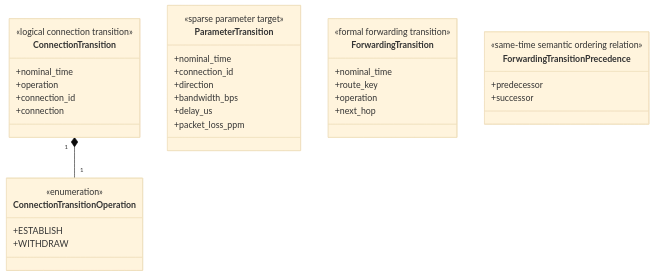
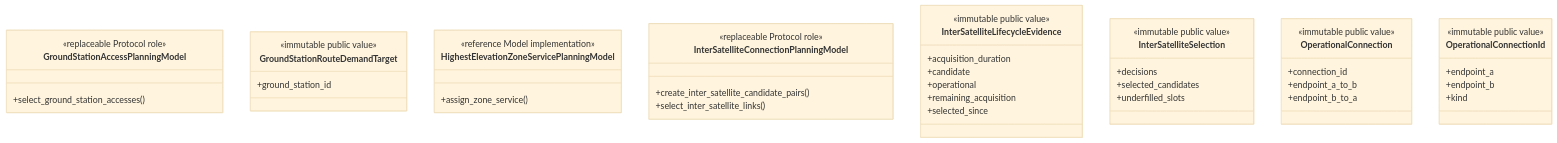
One commit to seed-labs/skyseed changed the third of 8 diagrams in skyseed_v2/src/skyseed_v2/simulator/planning/README.md. Above: the diagram before and after it, drawn with Mermaid (base theme). The commit also changed other lines of this file and 256 other files, not shown here.

Commit message:
refactor: complete network planner architecture cutover

````diff
--- a/skyseed_v2/src/skyseed_v2/simulator/planning/README.md
+++ b/skyseed_v2/src/skyseed_v2/simulator/planning/README.md
@@ -154,38 +317,46 @@
 ```mermaid
 classDiagram
-    class ConnectionTransition {
-        <<logical connection transition>>
-        +nominal_time
-        +operation
+    class GroundStationAccessPlanningModel {
+        <<replaceable Protocol role>>
+        +select_ground_station_accesses()
+    }
+    class GroundStationRouteDemandTarget {
+        <<immutable public value>>
+        +ground_station_id
+    }
+    class HighestElevationZoneServicePlanningModel {
+        <<reference Model implementation>>
+        +assign_zone_service()
+    }
+    class InterSatelliteConnectionPlanningModel {
+        <<replaceable Protocol role>>
+        +create_inter_satellite_candidate_pairs()
+        +select_inter_satellite_links()
+    }
+    class InterSatelliteLifecycleEvidence {
+        <<immutable public value>>
+        +acquisition_duration
+        +candidate
+        +operational
+        +remaining_acquisition
+        +selected_since
+    }
+    class InterSatelliteSelection {
+        <<immutable public value>>
+        +decisions
+        +selected_candidates
+        +underfilled_slots
+    }
+    class OperationalConnection {
+        <<immutable public value>>
         +connection_id
-        +connection
+        +endpoint_a_to_b
+        +endpoint_b_to_a
     }
-    class ConnectionTransitionOperation {
-        <<enumeration>>
-        +ESTABLISH
-        +WITHDRAW
+    class OperationalConnectionId {
+        <<immutable public value>>
+        +endpoint_a
+        +endpoint_b
+        +kind
     }
-    class ParameterTransition {
-        <<sparse parameter target>>
-        +nominal_time
-        +connection_id
-        +direction
-        +bandwidth_bps
-        +delay_us
-        +packet_loss_ppm
-    }
-    class ForwardingTransition {
-        <<formal forwarding transition>>
-        +nominal_time
-        +route_key
-        +operation
-        +next_hop
-    }
-    class ForwardingTransitionPrecedence {
-        <<same-time semantic ordering relation>>
-        +predecessor
-        +successor
-    }
-
-    ConnectionTransition "1" *-- "1" ConnectionTransitionOperation
 ```
````
